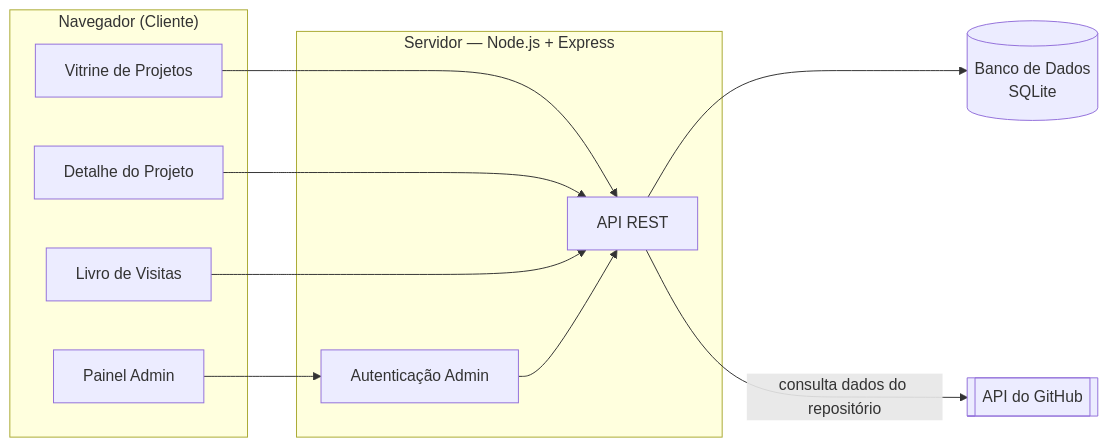
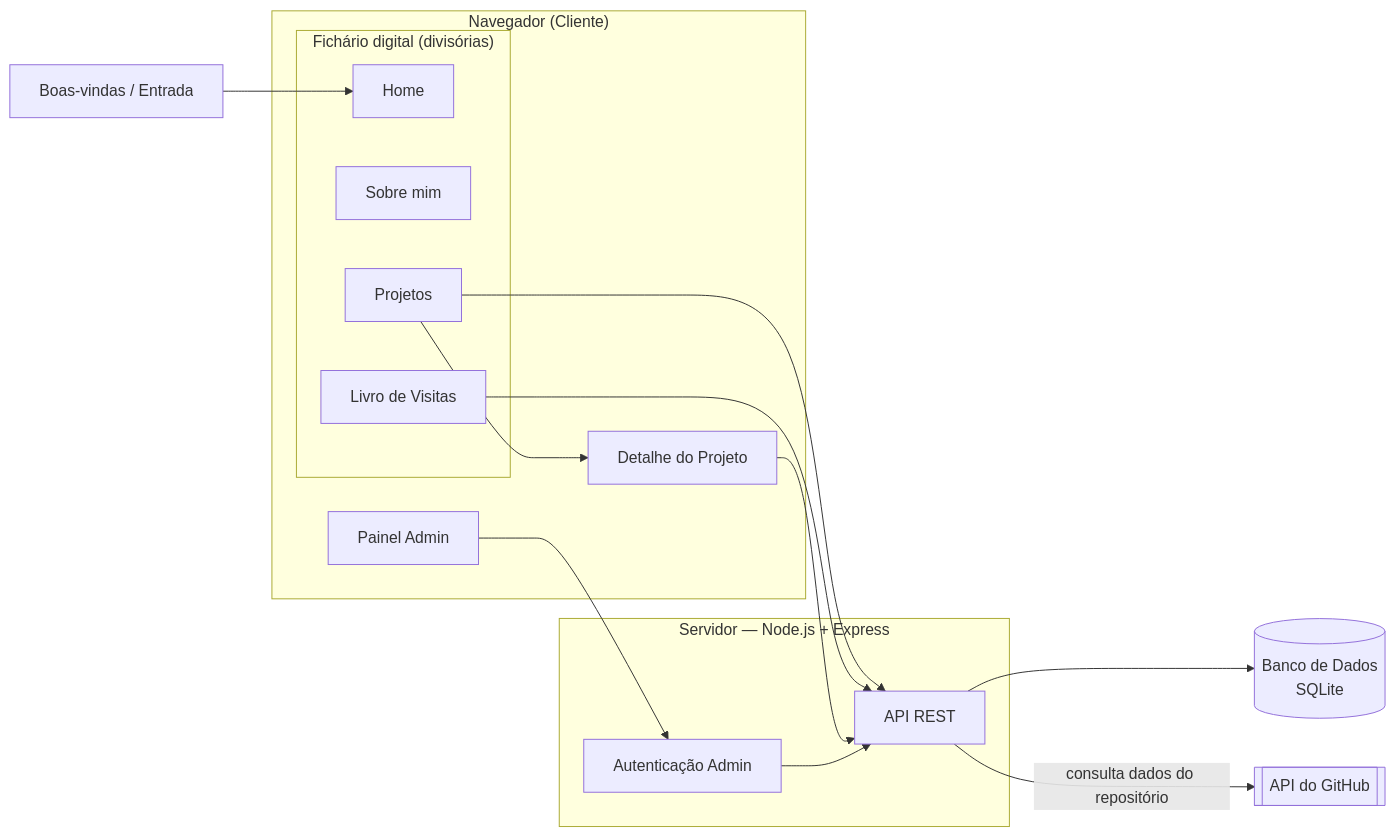
The diagram in docs/proposta.md (babaleca/BABALECA-S-DEVFOLIO), drawn with Mermaid before and after one commit. The commit also changed other lines of this file and 1 other file, not shown here.

Commit message:
Etapa 01: fichário digital como conceito visual (entrada com cursor animado, virar página, música), sem 3D

````diff
--- a/docs/proposta.md
+++ b/docs/proposta.md
@@ -79,24 +89,32 @@
 ```mermaid
 flowchart LR
+    W[Boas-vindas / Entrada]
+
     subgraph Cliente["Navegador (Cliente)"]
-        A[Vitrine de Projetos]
-        B[Detalhe do Projeto]
-        C[Livro de Visitas]
-        D[Painel Admin]
+        subgraph Fichario["Fichário digital (divisórias)"]
+            H[Home]
+            S[Sobre mim]
+            P[Projetos]
+            L[Livro de Visitas]
+        end
+        DET[Detalhe do Projeto]
+        ADM[Painel Admin]
     end
 
     subgraph Servidor["Servidor — Node.js + Express"]
-        E[API REST]
-        F[Autenticação Admin]
+        API[API REST]
+        AUTH[Autenticação Admin]
     end
 
-    G[(Banco de Dados\nSQLite)]
-    H[[API do GitHub]]
+    DB[(Banco de Dados\nSQLite)]
+    GH[[API do GitHub]]
 
-    A --> E
-    B --> E
-    C --> E
-    D --> F --> E
-    E --> G
-    E -- consulta dados do repositório --> H
+    W --> H
+    P --> DET
+    P --> API
+    L --> API
+    DET --> API
+    ADM --> AUTH --> API
+    API --> DB
+    API -- consulta dados do repositório --> GH
 ```
````
